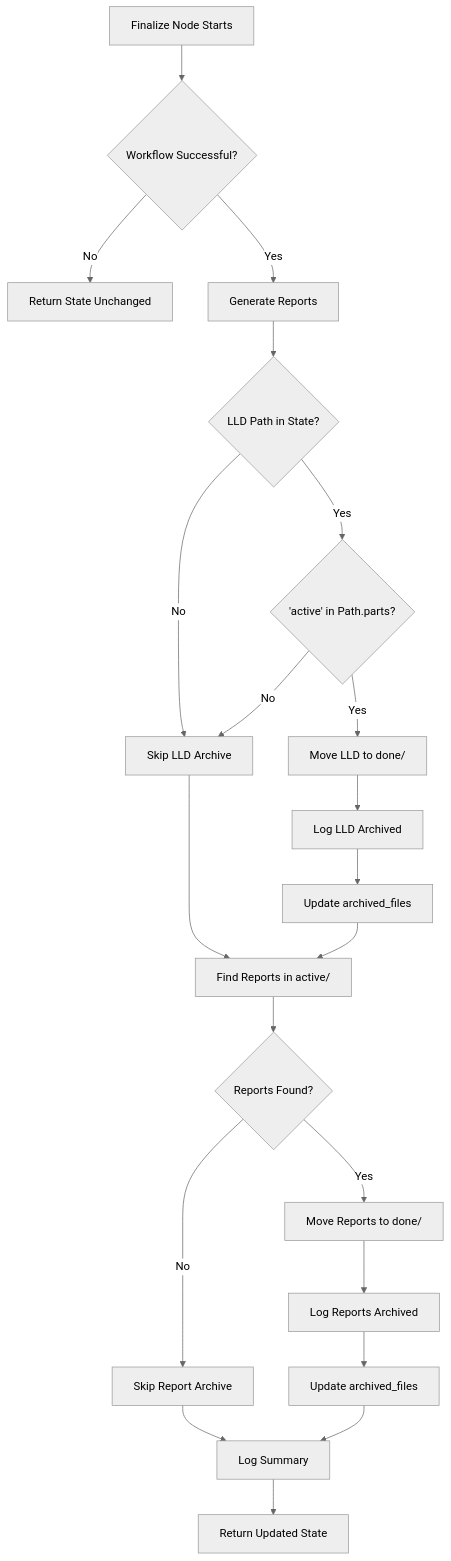
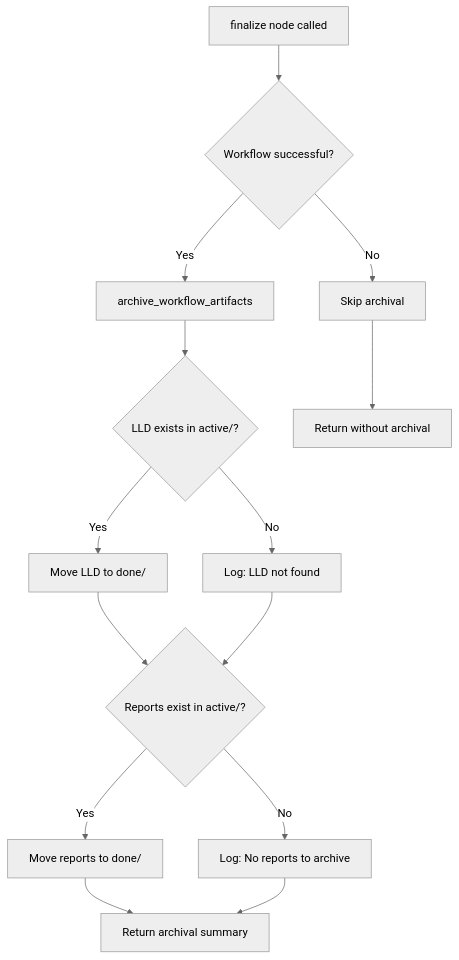
The diagram in docs/lld/active/LLD-141.md (martymcenroe/AgentOS), drawn with Mermaid (neutral theme) before and after one commit. The commit also changed other lines of this file, not shown here.

First line of the commit message:
docs: add missing test scenario to LLD-141

````diff
--- a/docs/lld/active/LLD-141.md
+++ b/docs/lld/active/LLD-141.md
@@ -210,23 +187,20 @@
 ```mermaid
 flowchart TD
-    A[Finalize Node Starts] --> B{Workflow Successful?}
-    B -->|No| Z[Return State Unchanged]
-    B -->|Yes| C[Generate Reports]
-    C --> D{LLD Path in State?}
-    D -->|No| F[Skip LLD Archive]
-    D -->|Yes| E{"'active' in Path.parts?"}
-    E -->|No| F
-    E -->|Yes| G[Move LLD to done/]
-    G --> H[Log LLD Archived]
-    H --> H2[Update archived_files]
-    F --> I[Find Reports in active/]
-    H2 --> I
-    I --> J{Reports Found?}
-    J -->|No| L[Skip Report Archive]
-    J -->|Yes| K[Move Reports to done/]
-    K --> M[Log Reports Archived]
-    M --> M2[Update archived_files]
-    L --> N[Log Summary]
-    M2 --> N
-    N --> O[Return Updated State]
+    A[finalize node called] --> B{Workflow successful?}
+    B -->|No| C[Skip archival]
+    B -->|Yes| D[archive_workflow_artifacts]
+    
+    D --> E{LLD exists in active/?}
+    E -->|Yes| F[Move LLD to done/]
+    E -->|No| G[Log: LLD not found]
+    
+    F --> H{Reports exist in active/?}
+    G --> H
+    
+    H -->|Yes| I[Move reports to done/]
+    H -->|No| J[Log: No reports to archive]
+    
+    I --> K[Return archival summary]
+    J --> K
+    C --> L[Return without archival]
 ```
````
